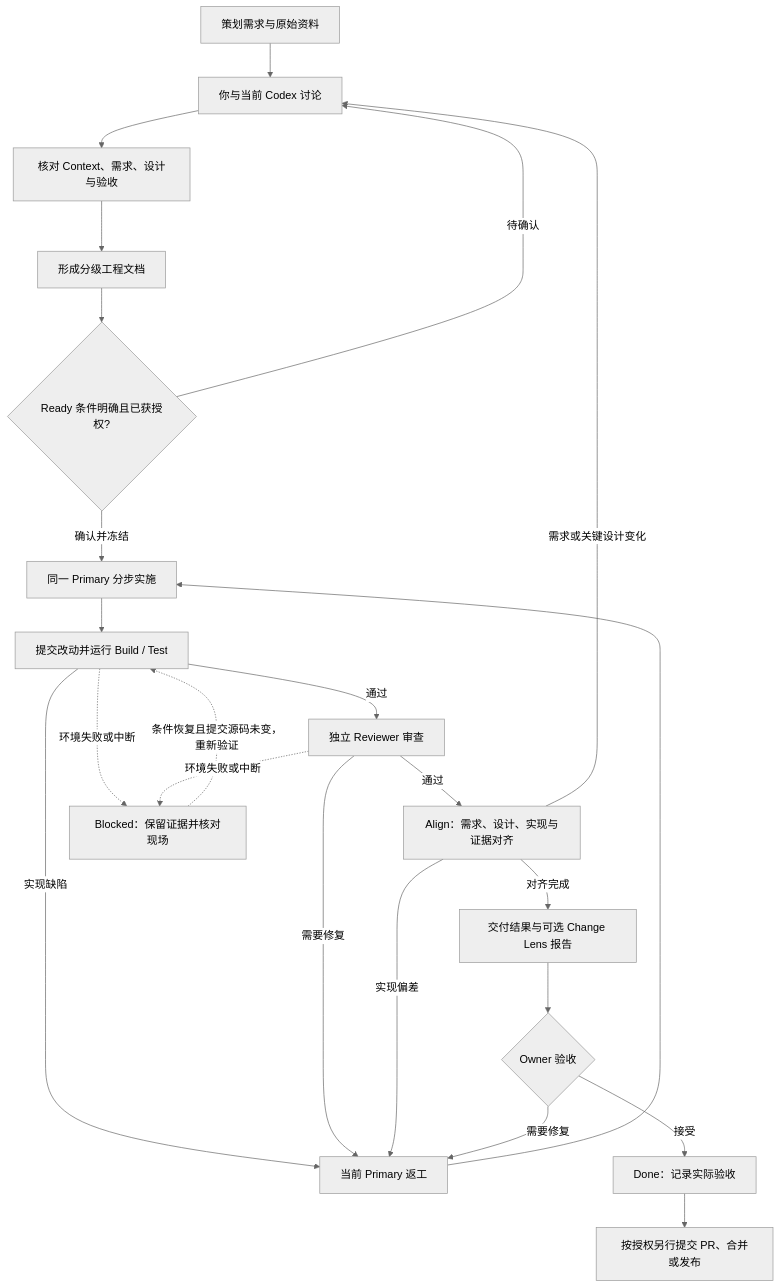
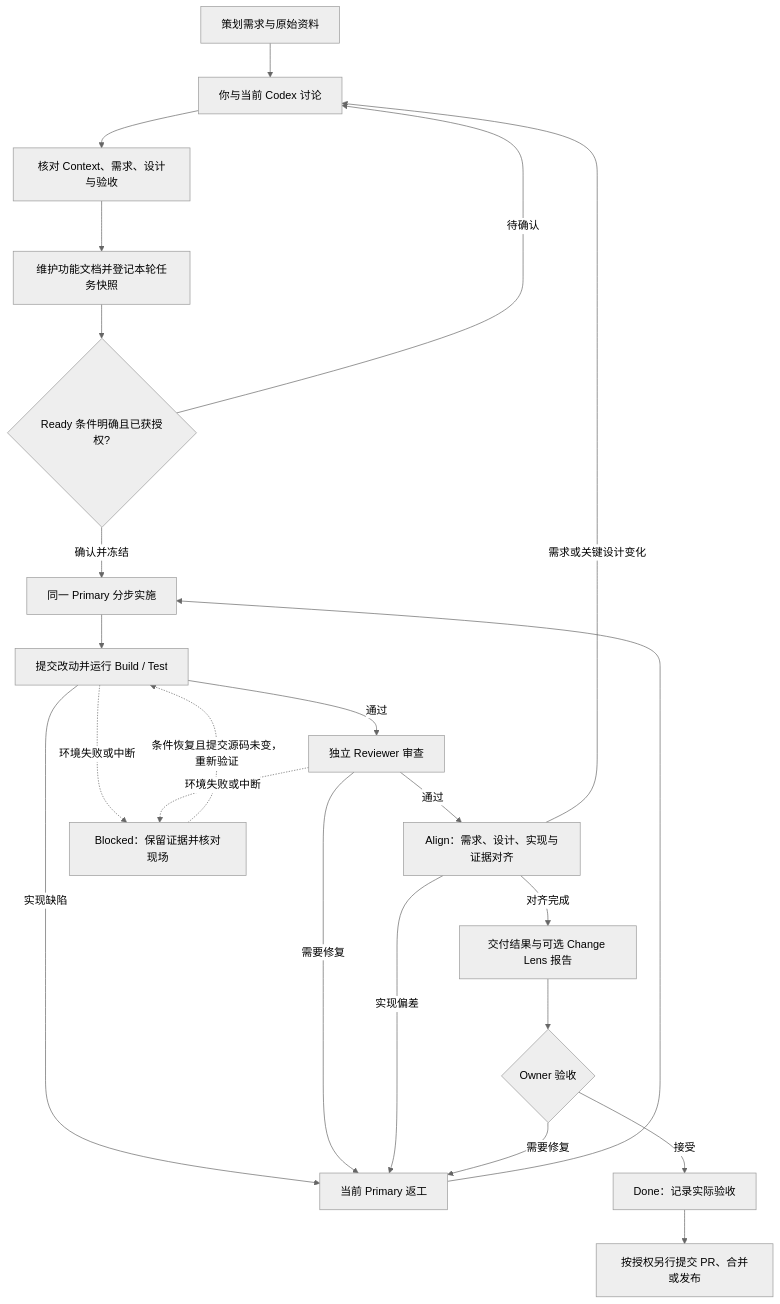
The diagram in README.md (YIMO691/ares-ai-engineering-harness), drawn with Mermaid (neutral theme) before and after one commit. The commit also changed other lines of this file and 2 other files, not shown here.

````diff
--- a/README.md
+++ b/README.md
@@ -44,25 +46,25 @@
 ```mermaid
 flowchart TD
     A[策划需求与原始资料] --> B[你与当前 Codex 讨论]
     B --> C[核对 Context、需求、设计与验收]
-    C --> D[形成分级工程文档]
+    C --> D[维护功能文档并登记本轮任务快照]
     D --> E{Ready 条件明确且已获授权?}
     E -->|待确认| B
     E -->|确认并冻结| F[同一 Primary 分步实施]
     F --> G[提交改动并运行 Build / Test]
     G -->|通过| H[独立 Reviewer 审查]
     G -->|实现缺陷| R[当前 Primary 返工]
     H -->|需要修复| R
     R --> F
     H -->|通过| I[Align：需求、设计、实现与证据对齐]
     I -->|实现偏差| R
     I -->|需求或关键设计变化| B
     I -->|对齐完成| J[交付结果与可选 Change Lens 报告]
     J --> K{Owner 验收}
     K -->|需要修复| R
     K -->|接受| L[Done：记录实际验收]
     L --> M[按授权另行提交 PR、合并或发布]
     G -. 环境失败或中断 .-> X[Blocked：保留证据并核对现场]
     H -. 环境失败或中断 .-> X
     X -. 条件恢复且提交源码未变，重新验证 .-> G
 ```
````
